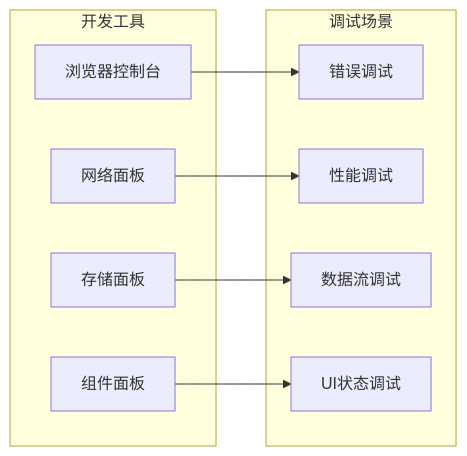
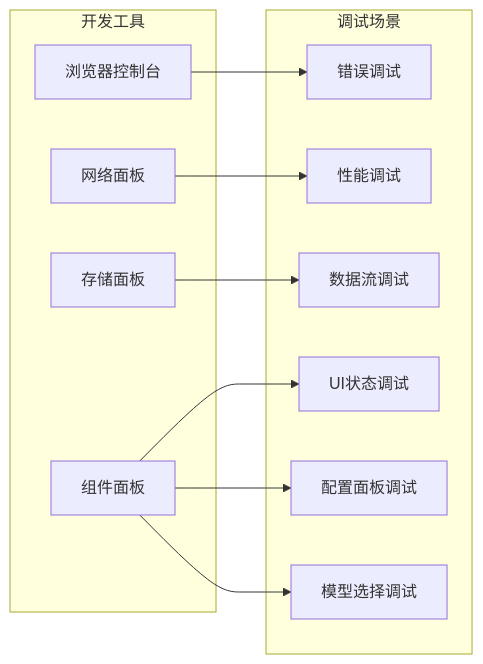
Diagram 23 of 23 in .qoder/repowiki/zh/content/核心功能/AI助手系统.md (terwer/siyuan-plugin-blog), drawn with Mermaid before and after one commit. The commit also changed other lines of this file and 8 other files, not shown here.

Commit message:
feat(ai-assistant): add dynamic model selection & dropdown config

````diff
--- a/.qoder/repowiki/zh/content/核心功能/AI助手系统.md
+++ b/.qoder/repowiki/zh/content/核心功能/AI助手系统.md
@@ -559,19 +835,23 @@
 ```mermaid
 flowchart LR
 subgraph "开发工具"
 Console[浏览器控制台]
 Network[网络面板]
 Storage[存储面板]
 Components[组件面板]
 end
 subgraph "调试场景"
 Error[错误调试]
 Performance[性能调试]
 DataFlow[数据流调试]
 UIState[UI状态调试]
+ConfigPanel[配置面板调试]
+ModelSelection[模型选择调试]
 end
 Console --> Error
 Network --> Performance
 Storage --> DataFlow
 Components --> UIState
+Components --> ConfigPanel
+Components --> ModelSelection
 ```
````
